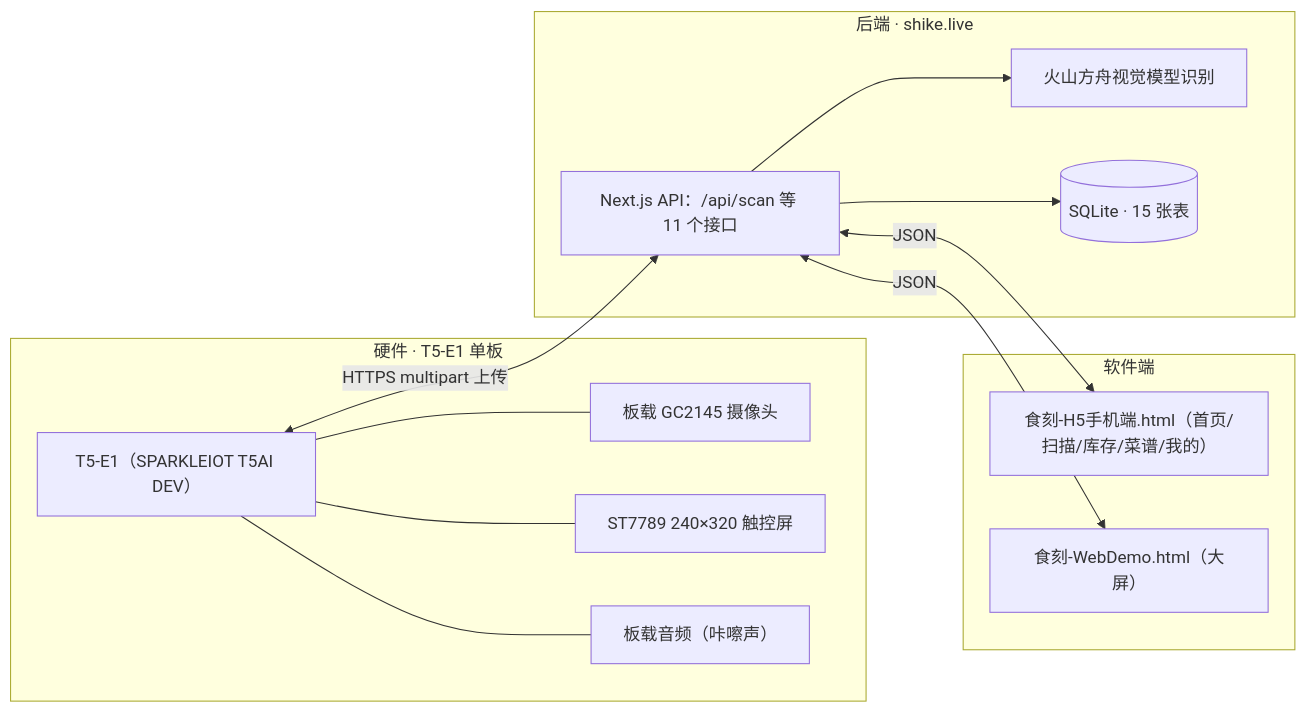
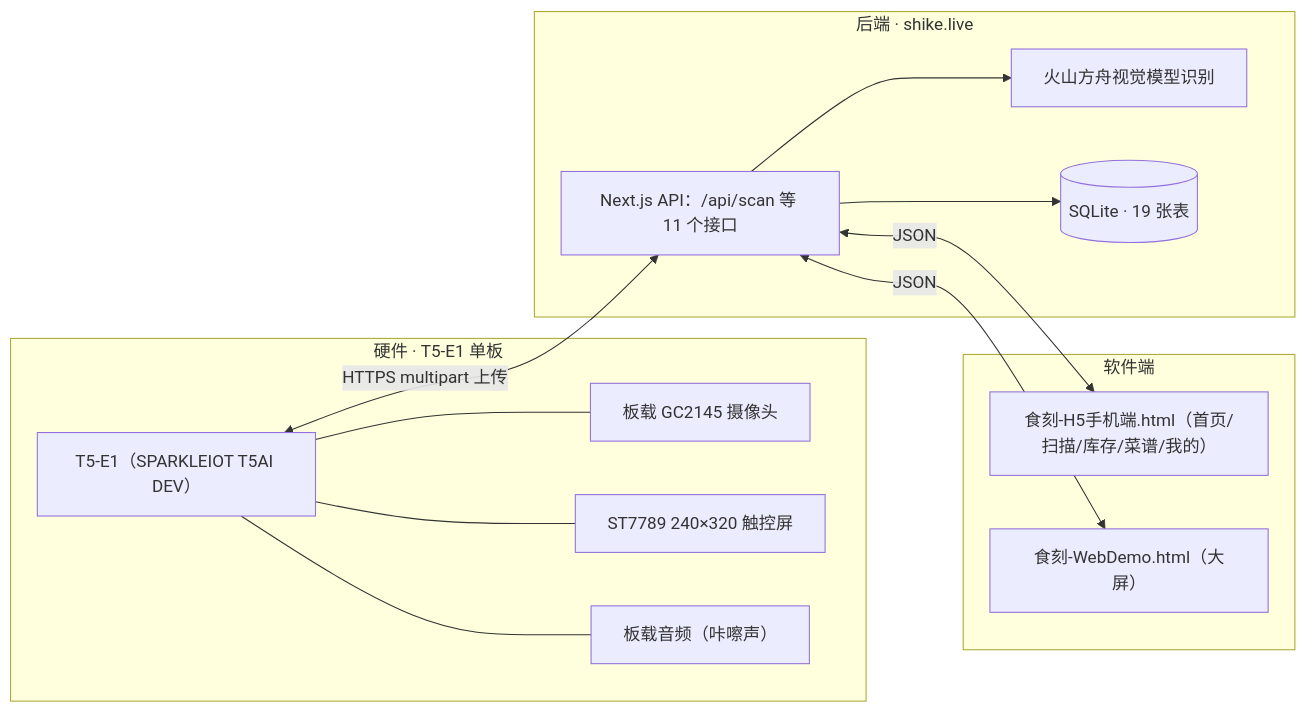
Before and after one commit to wenlinl/reporting-review-agent: the diagram in docs/产品文档.md, drawn with Mermaid. The commit also changed other lines of this file and 2 other files, not shown here.

````diff
--- a/docs/产品文档.md
+++ b/docs/产品文档.md
@@ -39,24 +39,24 @@
 ```mermaid
 flowchart LR
     subgraph DEV["硬件 · T5-E1 单板"]
         T5E1["T5-E1（SPARKLEIOT T5AI DEV）"]
         CAM["板载 GC2145 摄像头"]
         LCD["ST7789 240×320 触控屏"]
         AUD["板载音频（咔嚓声）"]
         T5E1 --- CAM & LCD & AUD
     end
     subgraph CLOUD["后端 · shike.live"]
         API["Next.js API：/api/scan 等 11 个接口"]
         AI["火山方舟视觉模型识别"]
-        DB[("SQLite · 15 张表")]
+        DB[("SQLite · 19 张表")]
         API --> AI
         API --> DB
     end
     subgraph SW["软件端"]
         H5["食刻-H5手机端.html（首页/扫描/库存/菜谱/我的）"]
         WEB["食刻-WebDemo.html（大屏）"]
     end
     T5E1 <-- "HTTPS multipart 上传" --> API
     API <-- "JSON" --> H5
     API <-- "JSON" --> WEB
 ```
````
